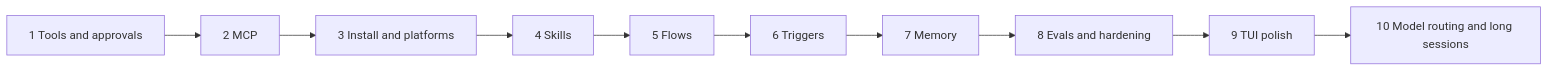
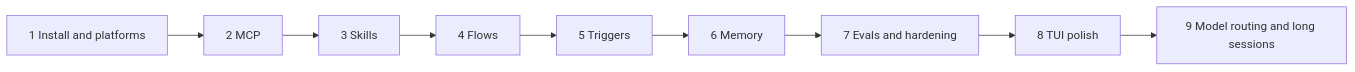
One commit to MilanPavel/golem changed the first of 2 diagrams in docs/plan.md. Above: the diagram before and after it, drawn with Mermaid. The commit also changed other lines of this file and 6 other files, not shown here.

````diff
--- a/docs/plan.md
+++ b/docs/plan.md
@@ -49,4 +50,4 @@
 ```mermaid
 flowchart LR
-  p1[1 Tools and approvals] --> p2[2 MCP] --> p3[3 Install and platforms] --> p4[4 Skills] --> p5[5 Flows] --> p6[6 Triggers] --> p7[7 Memory] --> p8[8 Evals and hardening] --> p9[9 TUI polish] --> p10[10 Model routing and long sessions]
+  p1[1 Install and platforms] --> p2[2 MCP] --> p3[3 Skills] --> p4[4 Flows] --> p5[5 Triggers] --> p6[6 Memory] --> p7[7 Evals and hardening] --> p8[8 TUI polish] --> p9[9 Model routing and long sessions]
 ```
````
